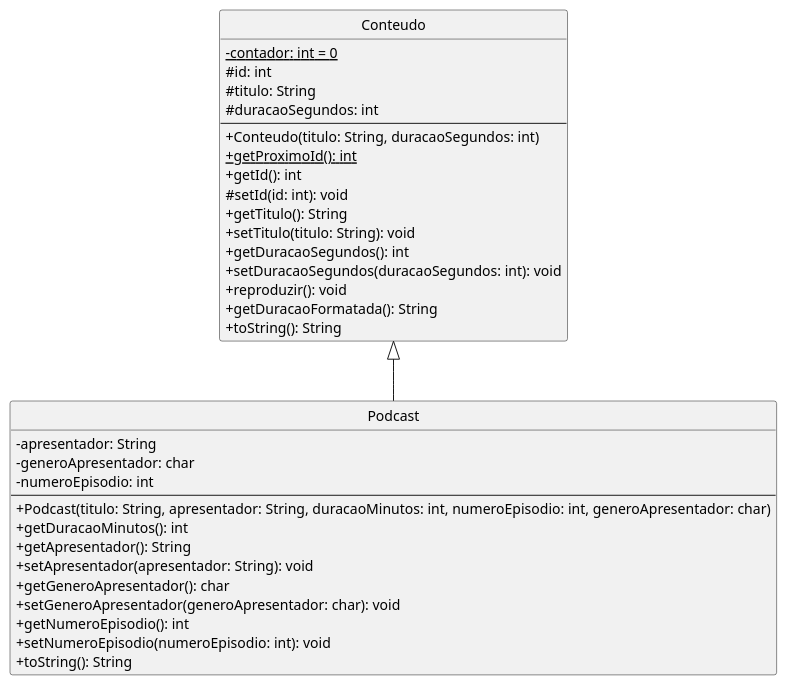
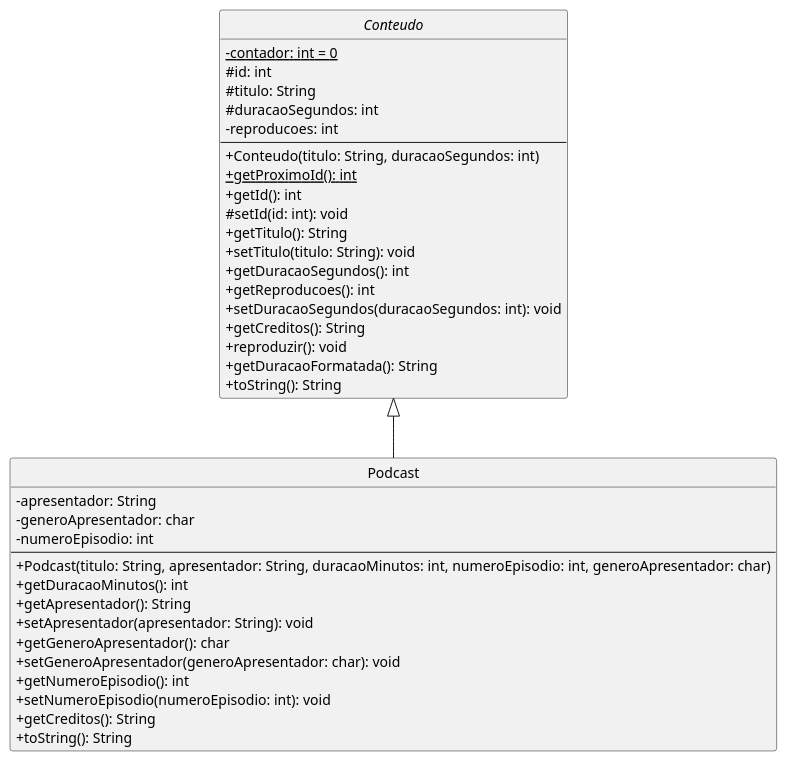
Before and after one commit to viictor-h-amaral/FaculBCC: the diagram in docs/pumls/models/Podcast.puml, drawn with PlantUML. The commit also changed 9 other files, not shown here.

Commit message:
Etapa A.1 - ajuste na UML

```diff
--- a/docs/pumls/models/Podcast.puml
+++ b/docs/pumls/models/Podcast.puml
@@ -3,40 +3,44 @@
 @startuml "Podcast class"
 skinparam classAttributeIconSize 0
 hide circle
 
-class Conteudo {
+abstract class Conteudo {
   -{static} contador: int = 0
   #id: int
   #titulo: String
   #duracaoSegundos: int
+  -reproducoes: int
   --
   +Conteudo(titulo: String, duracaoSegundos: int)
   +{static} getProximoId(): int
   +getId(): int
   #setId(id: int): void
   +getTitulo(): String
   +setTitulo(titulo: String): void
   +getDuracaoSegundos(): int
+  +getReproducoes(): int
   +setDuracaoSegundos(duracaoSegundos: int): void
+  +getCreditos(): String
   +reproduzir(): void
   +getDuracaoFormatada(): String
   +toString(): String
 }
 
 class Podcast extends Conteudo {
   -apresentador: String
   -generoApresentador: char
   -numeroEpisodio: int
   --
   +Podcast(titulo: String, apresentador: String, duracaoMinutos: int, numeroEpisodio: int, generoApresentador: char)
   +getDuracaoMinutos(): int
   +getApresentador(): String
   +setApresentador(apresentador: String): void
   +getGeneroApresentador(): char
   +setGeneroApresentador(generoApresentador: char): void
   +getNumeroEpisodio(): int
   +setNumeroEpisodio(numeroEpisodio: int): void
+  +getCreditos(): String
   +toString(): String
 }
 
 @enduml
```
